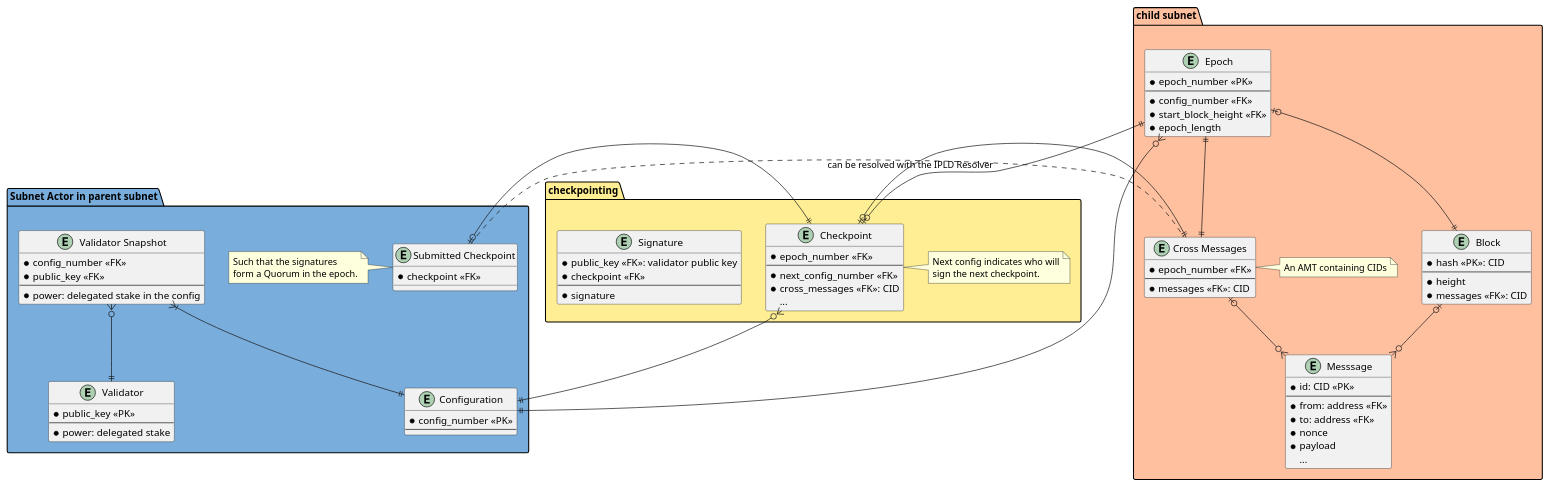
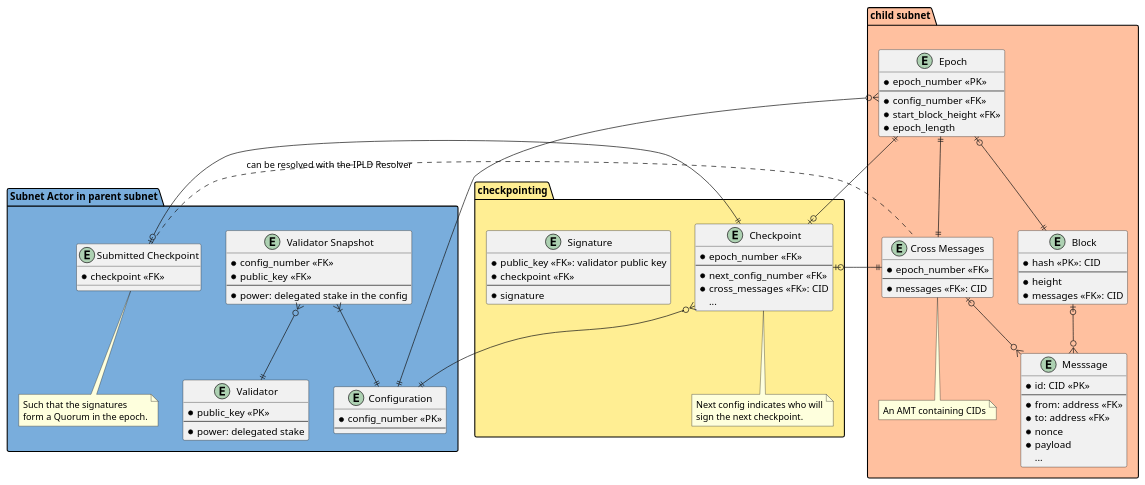
The diagram in docs/diagrams/checkpoint_schema.puml (consensus-shipyard/ipc-libs), drawn with PlantUML before and after one commit. The commit also changed 1 other file, not shown here.

```diff
--- a/docs/diagrams/checkpoint_schema.puml
+++ b/docs/diagrams/checkpoint_schema.puml
@@ -2,108 +2,108 @@
 @startuml Checkpointing Schema
 
 package "Subnet Actor in parent subnet" #79ADDC {
   entity "Validator" as validator {
     * public_key <<PK>>
     --
     * power: delegated stake
   }
 
   entity "Configuration" as config {
     * config_number <<PK>>
     --
   }
 
   entity "Validator Snapshot" as validator_snapshot {
     * config_number <<FK>>
     * public_key <<FK>>
     --
     * power: delegated stake in the config
   }
 
   entity "Submitted Checkpoint" as submit_ckpt {
     * checkpoint <<FK>>
   }
-  note left
+  note bottom of submit_ckpt
     Such that the signatures
     form a Quorum in the epoch.
   end note
 }
 
 package "checkpointing" #FFEE93 {
   entity "Checkpoint" as ckpt {
     * epoch_number <<FK>>
     --
     * next_config_number <<FK>>
     * cross_messages <<FK>>: CID
     ...
   }
-  note right
+  note bottom of ckpt
   Next config indicates who will
   sign the next checkpoint.
   end note
 
   entity "Signature" as sig {
     * public_key <<FK>>: validator public key
     * checkpoint <<FK>>
     --
     * signature
   }
 }
 
 
 package "child subnet" #FFC09F {
   entity "Epoch" as epoch {
     * epoch_number <<PK>>
     --
     * config_number <<FK>>
     * start_block_height <<FK>>
     * epoch_length
   }
 
   entity "Cross Messages" as cross_msgs {
     * epoch_number <<FK>>
     --
     * messages <<FK>>: CID
   }
-  note right
+  note bottom of cross_msgs
     An AMT containing CIDs
   end note
 
   entity "Messsage" as msg {
     * id: CID <<PK>>
     --
     * from: address <<FK>>
     * to: address <<FK>>
     * nonce
     * payload
     ...
   }
 
   entity "Block" as block {
     * hash <<PK>>: CID
     --
     * height
     * messages <<FK>>: CID
   }
 }
 
 block |o--o{ msg
 
 validator_snapshot }|--|| config
 validator_snapshot }o--|| validator
 
 epoch }o--|| config
 epoch |o--|| block
 epoch ||--|| cross_msgs
 epoch ||--o| ckpt
 
 ckpt }o--|| config
 ckpt ||--o| submit_ckpt
 
 cross_msgs |o--o{ msg
 cross_msgs ||--o| ckpt
 
 submit_ckpt .. cross_msgs : can be resolved with the IPLD Resolver
 
 
 @enduml
```
